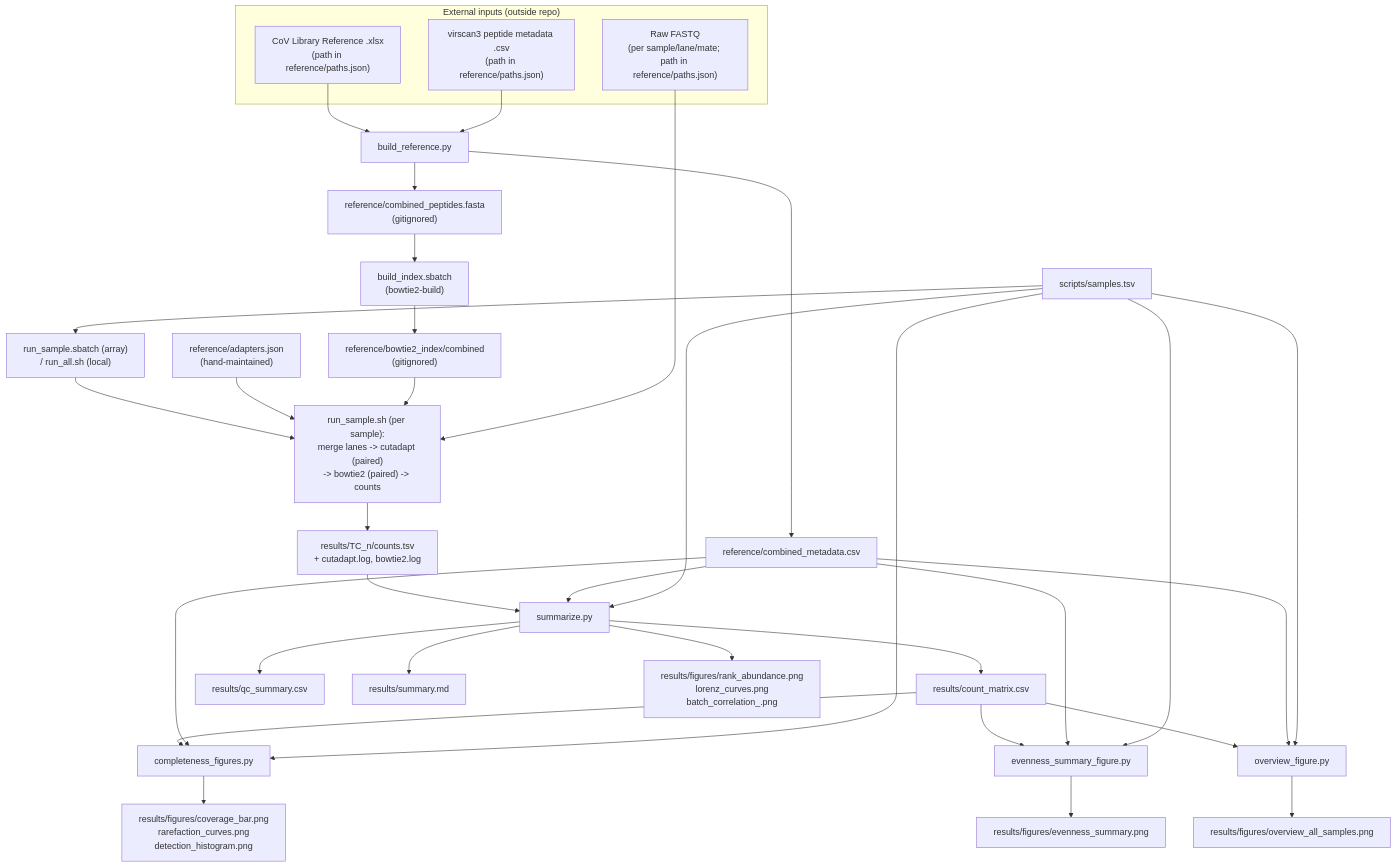
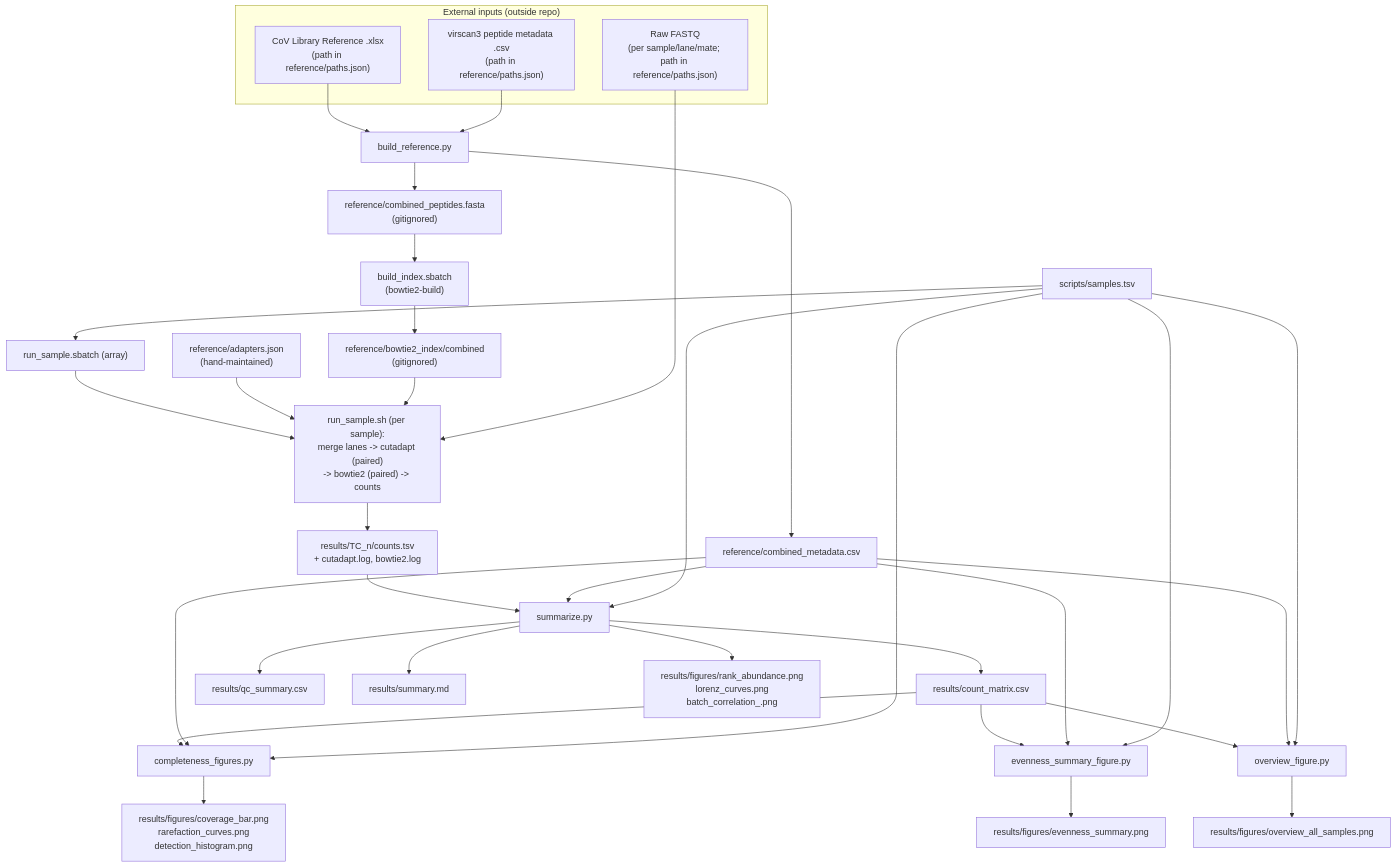
One commit to dbauerlab/PhIPseq changed the diagram in README.md. Above: the diagram before and after it, drawn with Mermaid. The commit also changed other lines of this file and 1 other file, not shown here.

First line of the commit message:
Update docs for run_all.sh removal

````diff
--- a/README.md
+++ b/README.md
@@ -225,48 +223,48 @@
 ```mermaid
 flowchart TD
     subgraph external["External inputs (outside repo)"]
         RAWFASTQ["Raw FASTQ\n(per sample/lane/mate; path in reference/paths.json)"]
         COVXLSX["CoV Library Reference .xlsx\n(path in reference/paths.json)"]
         VIR3CSV["virscan3 peptide metadata .csv\n(path in reference/paths.json)"]
     end
 
     COVXLSX --> BR["build_reference.py"]
     VIR3CSV --> BR
     BR --> FASTA["reference/combined_peptides.fasta\n(gitignored)"]
     BR --> META["reference/combined_metadata.csv"]
 
     FASTA --> BOWTIEBUILD["build_index.sbatch\n(bowtie2-build)"]
     BOWTIEBUILD --> INDEX["reference/bowtie2_index/combined\n(gitignored)"]
 
     ADAPTERSJSON["reference/adapters.json\n(hand-maintained)"]
 
-    SAMPLESTSV["scripts/samples.tsv"] --> RUNALL["run_sample.sbatch (array)\n/ run_all.sh (local)"]
+    SAMPLESTSV["scripts/samples.tsv"] --> RUNALL["run_sample.sbatch (array)"]
     RUNALL --> RS["run_sample.sh (per sample):\nmerge lanes -> cutadapt (paired)\n-> bowtie2 (paired) -> counts"]
     ADAPTERSJSON --> RS
     INDEX --> RS
     RAWFASTQ --> RS
     RS --> COUNTS["results/TC_n/counts.tsv\n+ cutadapt.log, bowtie2.log"]
 
     COUNTS --> SUM["summarize.py"]
     META --> SUM
     SAMPLESTSV --> SUM
     SUM --> MATRIX["results/count_matrix.csv"]
     SUM --> QC["results/qc_summary.csv"]
     SUM --> SUMMD["results/summary.md"]
     SUM --> FIGS1["results/figures/rank_abundance.png\nlorenz_curves.png\nbatch_correlation_<library>.png"]
 
     MATRIX --> CF["completeness_figures.py"]
     META --> CF
     SAMPLESTSV --> CF
     CF --> FIGS2["results/figures/coverage_bar.png\nrarefaction_curves.png\ndetection_histogram.png"]
 
     MATRIX --> EF["evenness_summary_figure.py"]
     META --> EF
     SAMPLESTSV --> EF
     EF --> FIGS3["results/figures/evenness_summary.png"]
 
     MATRIX --> OF["overview_figure.py"]
     META --> OF
     SAMPLESTSV --> OF
     OF --> FIGS4["results/figures/overview_all_samples.png"]
 ```
````
